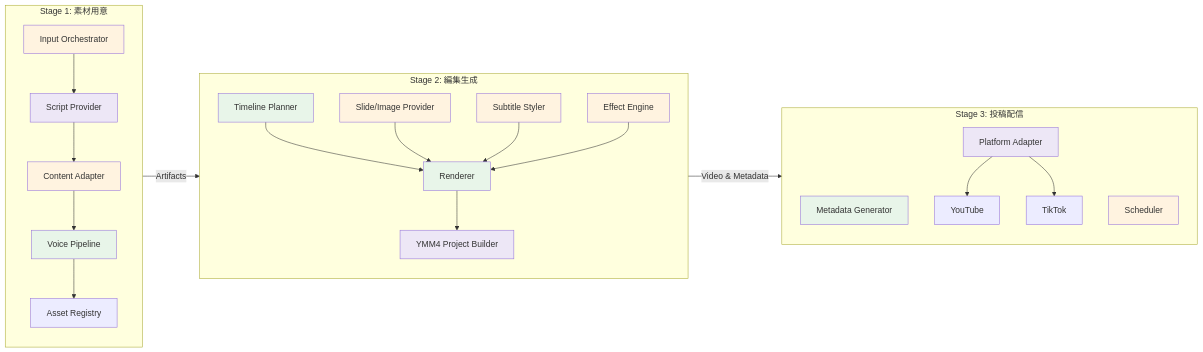
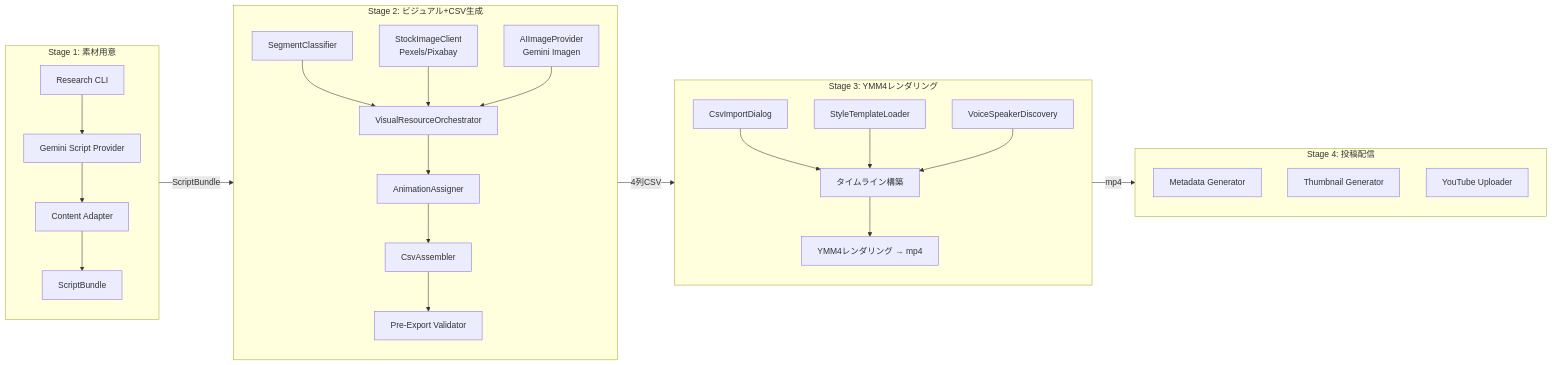
The first of 3 diagrams in docs/system_architecture.md (YuShimoji/NLMandSlideVideoGenerator), drawn with Mermaid before and after one commit. The commit also changed other lines of this file and 5 other files, not shown here.

````diff
--- a/docs/system_architecture.md
+++ b/docs/system_architecture.md
@@ -9,40 +11,44 @@
 ```mermaid
 flowchart LR
     subgraph S1[Stage 1: 素材用意]
-        A1[Input Orchestrator] --> A2[Script Provider]
+        A1[Research CLI] --> A2[Gemini Script Provider]
         A2 --> A3[Content Adapter]
-        A3 --> A4[Voice Pipeline]
-        A4 --> A5[Asset Registry]
+        A3 --> A4[ScriptBundle]
     end
 
-    subgraph S2[Stage 2: 編集生成]
-        B1[Timeline Planner]
-        B2[Slide/Image Provider]
-        B3[Subtitle Styler]
-        B4[Effect Engine]
-        B5[Renderer]
-        B1 --> B5
-        B2 --> B5
-        B3 --> B5
+    subgraph S2[Stage 2: ビジュアル+CSV生成]
+        B1[SegmentClassifier]
+        B2[StockImageClient<br/>Pexels/Pixabay]
+        B3[AIImageProvider<br/>Gemini Imagen]
+        B4[VisualResourceOrchestrator]
+        B5[AnimationAssigner]
+        B6[CsvAssembler]
+        B7[Pre-Export Validator]
+        B1 --> B4
+        B2 --> B4
+        B3 --> B4
         B4 --> B5
-        B5 --> B6[YMM4 Project Builder]
+        B5 --> B6
+        B6 --> B7
     end
 
-    subgraph S3[Stage 3: 投稿配信]
-        C1[Metadata Generator]
-        C2[Scheduler]
-        C3[Platform Adapter]
-        C3 --> C4[YouTube]
-        C3 --> C5[TikTok]
+    subgraph S3[Stage 3: YMM4レンダリング]
+        C1[CsvImportDialog]
+        C2[StyleTemplateLoader]
+        C3[VoiceSpeakerDiscovery]
+        C4[タイムライン構築]
+        C5[YMM4レンダリング → mp4]
+        C1 --> C4
+        C2 --> C4
+        C3 --> C4
+        C4 --> C5
     end
 
-    S1 -->|Artifacts| S2 -->|Video & Metadata| S3
+    subgraph S4[Stage 4: 投稿配信]
+        D1[Metadata Generator]
+        D2[Thumbnail Generator]
+        D3[YouTube Uploader]
+    end
 
-    classDef auto fill:#e8f5e9
-    classDef manual fill:#fff3e0
-    classDef hybrid fill:#ede7f6
-
-    class A2,B6,C3 hybrid
-    class A4,B1,B5,C1 auto
-    class A1,A3,B2,B3,B4,C2 manual
+    S1 -->|ScriptBundle| S2 -->|4列CSV| S3 -->|mp4| S4
 ```
````
